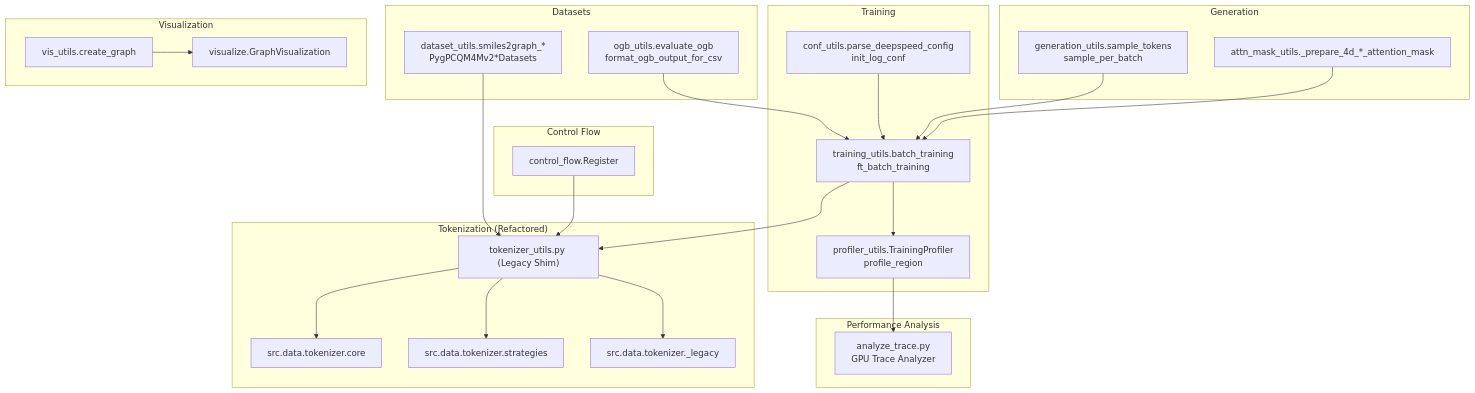
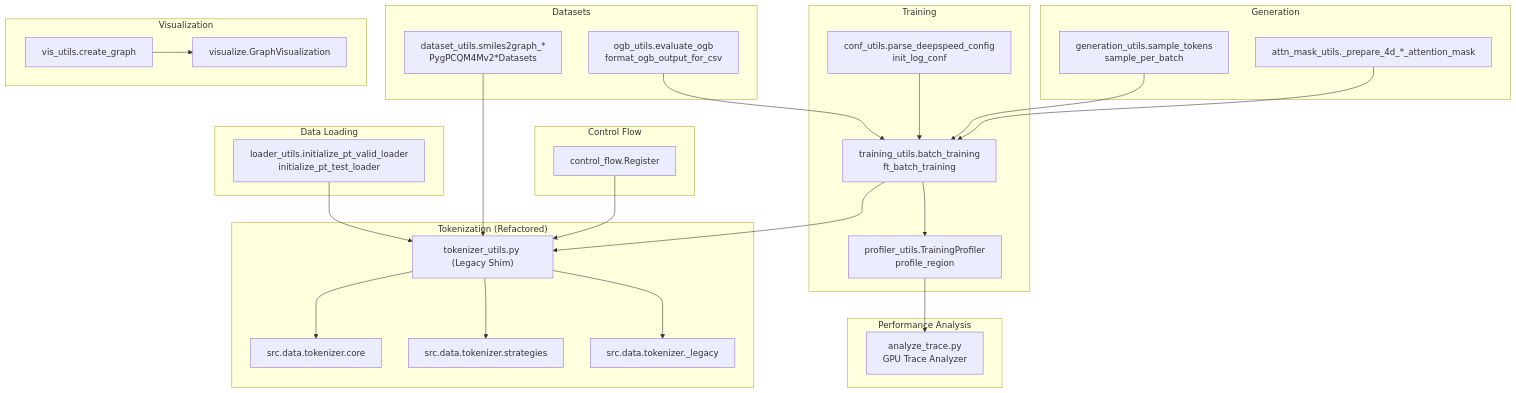
One commit to alibaba/graph-gpt changed the second of 3 diagrams in .qoder/repowiki/en/content/Utility Functions/Utility Functions.md. Above: the diagram before and after it, drawn with Mermaid. The commit also changed other lines of this file and 6 other files, not shown here.

````diff
--- a/.qoder/repowiki/en/content/Utility Functions/Utility Functions.md
+++ b/.qoder/repowiki/en/content/Utility Functions/Utility Functions.md
@@ -150,45 +156,49 @@
 ```mermaid
 graph TB
 subgraph "Control Flow"
 CF["control_flow.Register"]
 end
 subgraph "Tokenization (Refactored)"
 TU["tokenizer_utils.py (Legacy Shim)"]
 T1["src.data.tokenizer.core"]
 T2["src.data.tokenizer.strategies"]
 T3["src.data.tokenizer._legacy"]
 end
 subgraph "Training"
 TR["training_utils.batch_training<br/>ft_batch_training"]
 CU["conf_utils.parse_deepspeed_config<br/>init_log_conf"]
 PR["profiler_utils.TrainingProfiler<br/>profile_region"]
 end
 subgraph "Datasets"
 DU["dataset_utils.smiles2graph_*<br/>PygPCQM4Mv2*Datasets"]
 OU["ogb_utils.evaluate_ogb<br/>format_ogb_output_for_csv"]
 end
 subgraph "Generation"
 GU["generation_utils.sample_tokens<br/>sample_per_batch"]
 AMU["attn_mask_utils._prepare_4d_*_attention_mask"]
 end
 subgraph "Visualization"
 VI["vis_utils.create_graph"]
 VL["visualize.GraphVisualization"]
 end
 subgraph "Performance Analysis"
 TA["analyze_trace.py<br/>GPU Trace Analyzer"]
 end
+subgraph "Data Loading"
+LU["loader_utils.initialize_pt_valid_loader<br/>initialize_pt_test_loader"]
+end
 CF --> TU
 TU --> T1
 TU --> T2
 TU --> T3
 TR --> TU
 TR --> PR
 CU --> TR
 DU --> TU
 OU --> TR
 GU --> TR
 AMU --> TR
 VI --> VL
 PR --> TA
+LU --> TU
 ```
````
